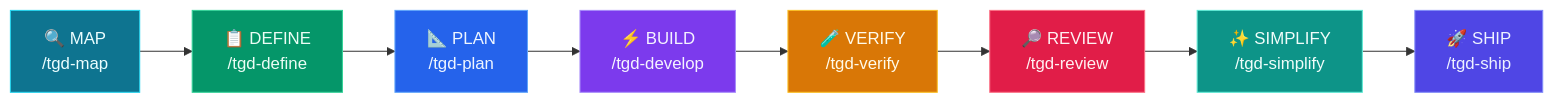
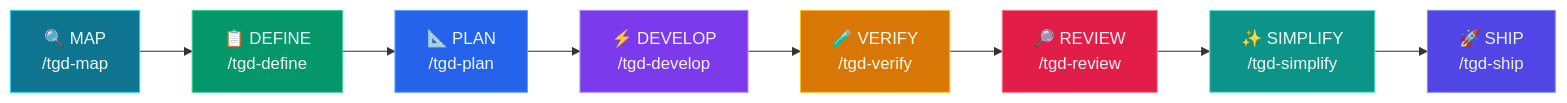
The diagram in README.zh-TW.md (openclawyhwang-hub/tGD), drawn with Mermaid before and after one commit. The commit also changed other lines of this file and 11 other files, not shown here.

````diff
--- a/README.zh-TW.md
+++ b/README.zh-TW.md
@@ -202,28 +202,28 @@
 ```mermaid
 flowchart LR
     A["🔍 MAP\n/tgd-map"] --> B["📋 DEFINE\n/tgd-define"]
     B --> C["📐 PLAN\n/tgd-plan"]
-    C --> D["⚡ BUILD\n/tgd-develop"]
+    C --> D["⚡ DEVELOP\n/tgd-develop"]
     D --> E["🧪 VERIFY\n/tgd-verify"]
     E --> F["🔎 REVIEW\n/tgd-review"]
     F --> G["✨ SIMPLIFY\n/tgd-simplify"]
     G --> H["🚀 SHIP\n/tgd-ship"]
 
     classDef cyan fill:#0e7490,color:#ecfeff,stroke:#22d3ee
     classDef green fill:#059669,color:#ecfdf5,stroke:#34d399
     classDef blue fill:#2563eb,color:#eff6ff,stroke:#60a5fa
     classDef purple fill:#7c3aed,color:#f5f3ff,stroke:#a78bfa
     classDef amber fill:#d97706,color:#fffbeb,stroke:#fbbf24
     classDef rose fill:#e11d48,color:#fff1f2,stroke:#fb7185
     classDef teal fill:#0d9488,color:#f0fdfa,stroke:#5eead4
     classDef indigo fill:#4f46e5,color:#eef2ff,stroke:#818cf8
 
     class A cyan
     class B green
     class C blue
     class D purple
     class E amber
     class F rose
     class G teal
     class H indigo
 ```
````
